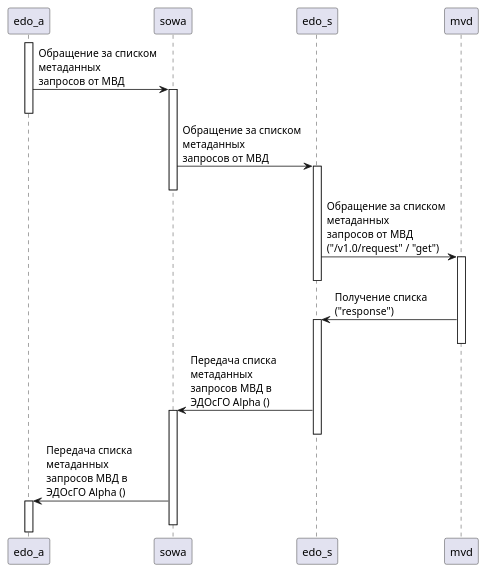
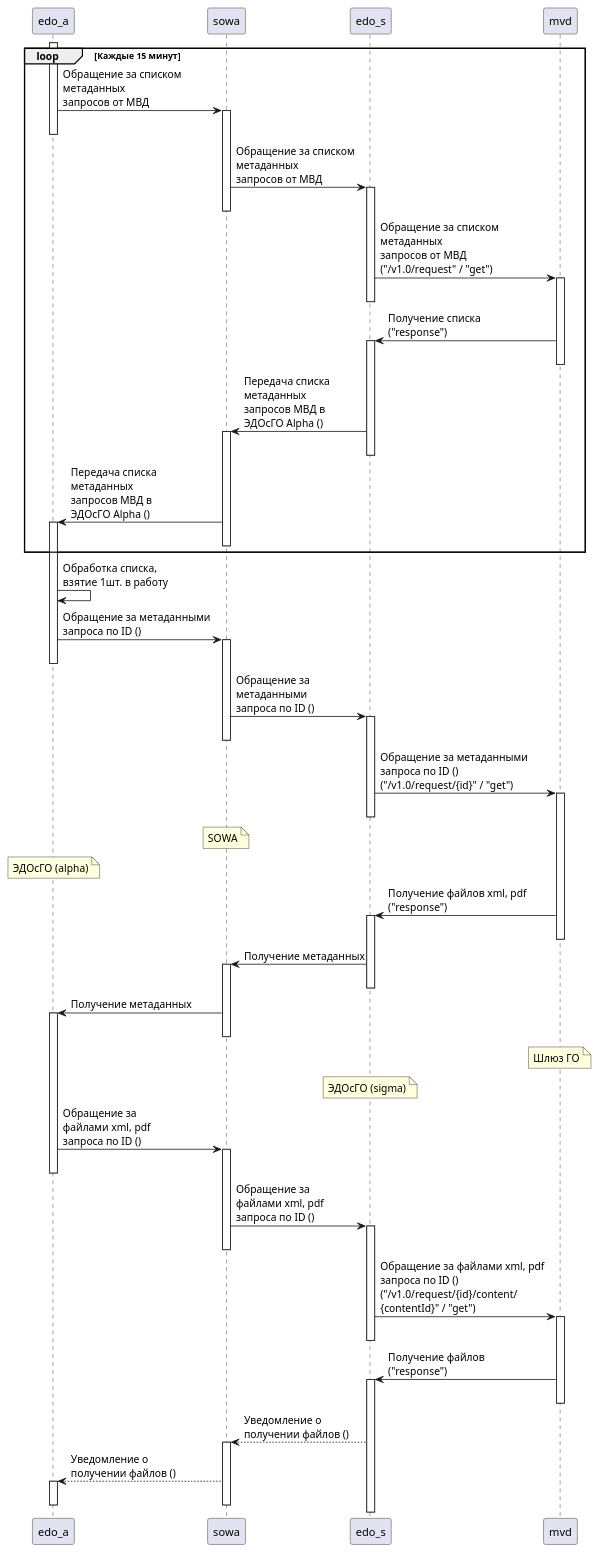
The diagram in test_to_mvd.puml (denser-ru/for_tests), drawn with PlantUML before and after one commit. The commit also changed 7 other files, not shown here.

```diff
--- a/test_to_mvd.puml
+++ b/test_to_mvd.puml
@@ -1,19 +1,57 @@
-@startuml Схема интеграционного взаимодействия получения IP по перс. данным
+@startuml
 
-' loop Каждые 15 минут
+loop Каждые 15 минут
 activate edo_a
 edo_a -> sowa++: Обращение за списком \nметаданных \nзапросов от МВД
 deactivate edo_a
 sowa ->edo_s++: Обращение за списком \nметаданных \nзапросов от МВД
 deactivate sowa
 edo_s -> mvd++: Обращение за списком \nметаданных \nзапросов от МВД \n("/v1.0/request" / "get")
 deactivate edo_s
 mvd -> edo_s++: Получение списка \n("response")
 deactivate mvd
 edo_s -> sowa++: Передача списка \nметаданных \nзапросов МВД в \nЭДОсГО Alpha ()
 deactivate edo_s
 sowa -> edo_a++: Передача списка \nметаданных \nзапросов МВД в \nЭДОсГО Alpha ()
 deactivate sowa
-' end
+end
+
+edo_a -> edo_a: Обработка списка, \nвзятие 1шт. в работу
+edo_a -> sowa++: Обращение за метаданными \nзапроса по ID ()
+deactivate edo_a
+sowa ->edo_s++: Обращение за \nметаданными \nзапроса по ID ()
+deactivate sowa
+edo_s -> mvd++: Обращение за метаданными \nзапроса по ID () \n("/v1.0/request/{id}" / "get")
+deactivate edo_s
+note over sowa
+    SOWA
+end note
+note over edo_a
+    ЭДОсГО (alpha)
+end note
+mvd -> edo_s++: Получение файлов xml, pdf \n("response")
+deactivate mvd
+edo_s -> sowa++: Получение метаданных
+deactivate edo_s
+sowa -> edo_a++: Получение метаданных
+deactivate sowa
+note over mvd
+    Шлюз ГО
+end note
+note over edo_s
+    ЭДОсГО (sigma)
+end note
+edo_a -> sowa++: Обращение за \nфайлами xml, pdf \nзапроса по ID ()
+deactivate edo_a
+sowa ->edo_s++: Обращение за \nфайлами xml, pdf \nзапроса по ID ()
+deactivate sowa
+edo_s -> mvd++: Обращение за файлами xml, pdf \nзапроса по ID () \n("/v1.0/request/{id}/content/ \n{contentId}" / "get")
+deactivate edo_s
+mvd -> edo_s++: Получение файлов \n("response")
+deactivate mvd
+edo_s --> sowa++: Уведомление о \nполучении файлов ()
+sowa --> edo_a++: Уведомление о \nполучении файлов ()
+deactivate sowa
+deactivate edo_a
 
 @enduml
```
